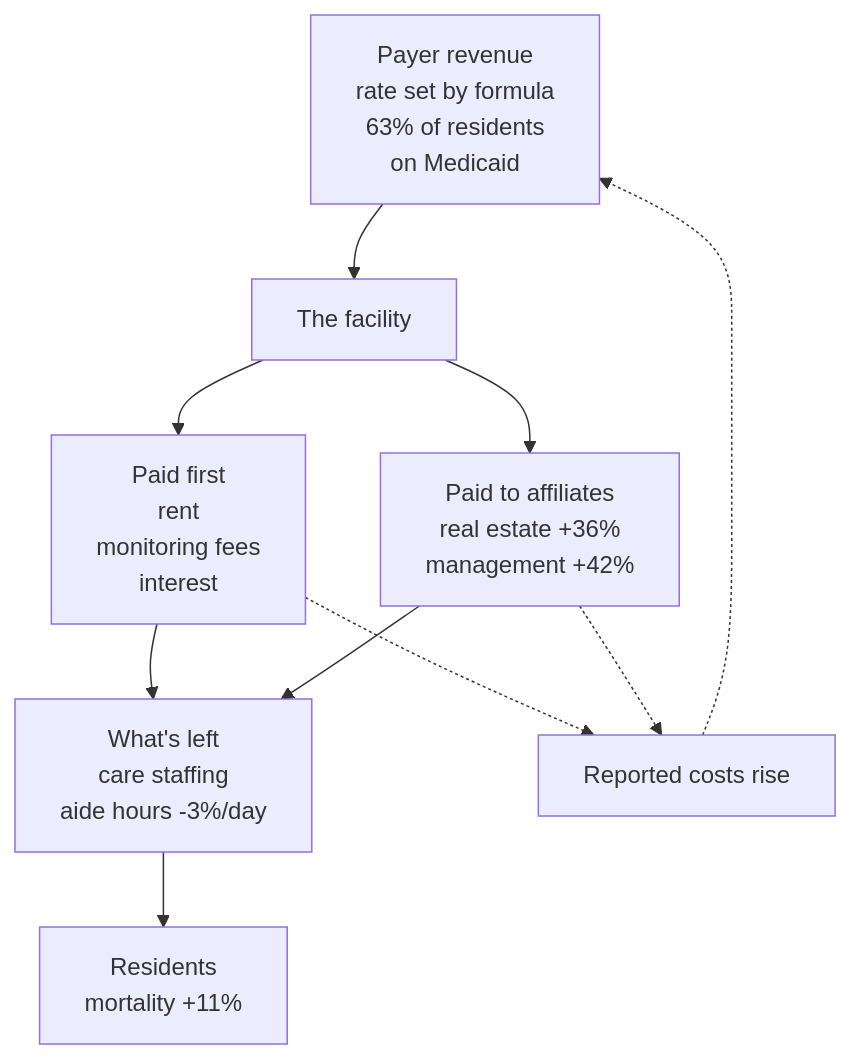
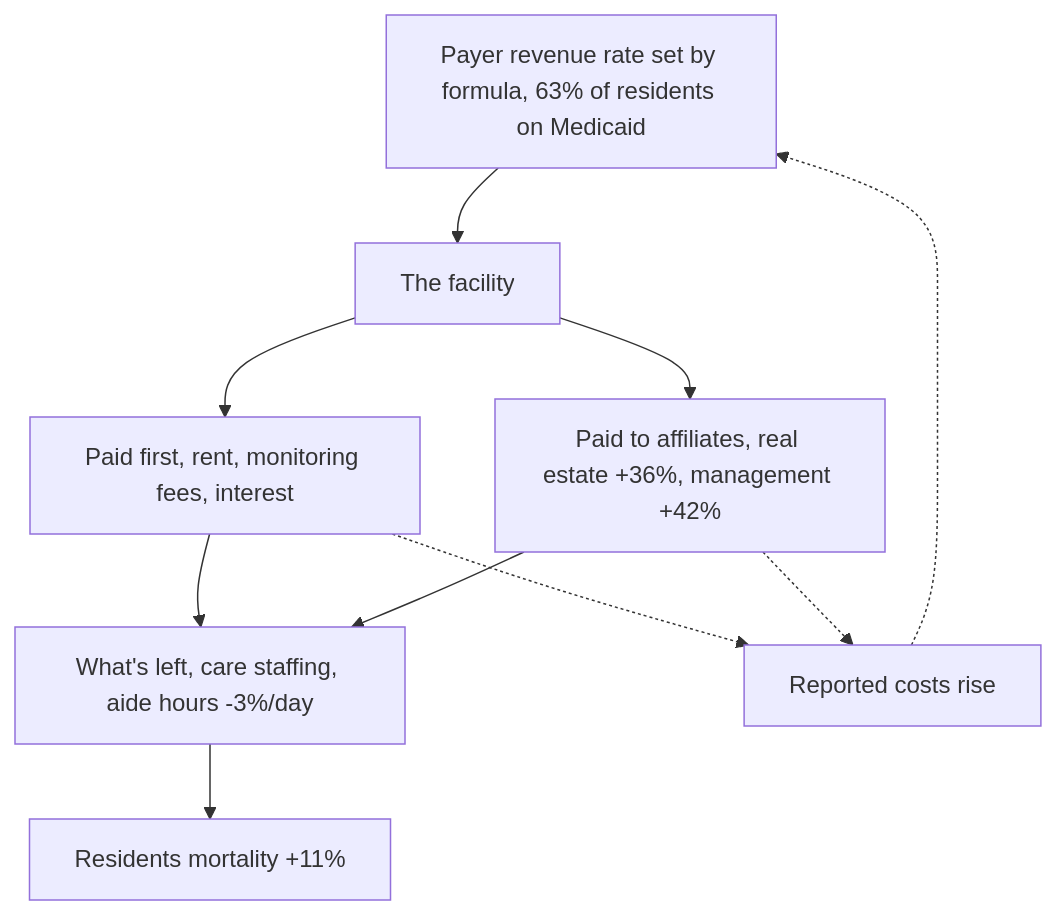
One commit to pcg-87/pcg-87.github.io changed the second of 2 diagrams in _posts/2026-10-01-heads-i-win-tails-you-lose.md. Above: the diagram before and after it, drawn with Mermaid. The commit also changed other lines of this file and 2 other files, not shown here.

Commit message:
Centre diagrams on the text column and unwrap their labels
Centring: the .mermaid container was bound to the 52rem block width, so
centring inside it put every diagram ~110px right of the prose. It is now
bound to --measure, the text column, and both diagrams centre to 0px off
the paragraph centre.

Labels: every label carried hard <br/> breaks, which is why raising
wrappingWidth did nothing — mermaid never got to wrap. Removed all 22
breaks across the two diagrams, using commas where the break separated
items and a space where it continued a phrase. Structure, arrows and node
ids are untouched; only the text inside [""] changed.

With the breaks gone, wrappingWidth 220 and nodeSpacing 32 keep both
diagrams inside the 608px column:

  diagram 1  360x664 -> 538x392   height -41%
  diagram 2  403x748 -> 580x497   height -34%

Neither scrolls, neither is clipped, both centre exactly. The same label
edit is mirrored in the learning repo draft.

````diff
--- a/_posts/2026-10-01-heads-i-win-tails-you-lose.md
+++ b/_posts/2026-10-01-heads-i-win-tails-you-lose.md
@@ -82,12 +82,12 @@
 ```mermaid
 flowchart TD
-    A["Payer revenue<br/>rate set by formula<br/>63% of residents<br/>on Medicaid"] --> B["The facility"]
-    B --> C["Paid first<br/>rent<br/>monitoring fees<br/>interest"]
-    B --> F["Paid to affiliates<br/>real estate +36%<br/>management +42%"]
-    C --> D["What's left<br/>care staffing<br/>aide hours -3%/day"]
+    A["Payer revenue rate set by formula, 63% of residents on Medicaid"] --> B["The facility"]
+    B --> C["Paid first, rent, monitoring fees, interest"]
+    B --> F["Paid to affiliates, real estate +36%, management +42%"]
+    C --> D["What's left, care staffing, aide hours -3%/day"]
     F --> D
-    D --> E["Residents<br/>mortality +11%"]
+    D --> E["Residents mortality +11%"]
     C -.-> G["Reported costs rise"]
     F -.-> G
     G -.-> A
 ```
````
